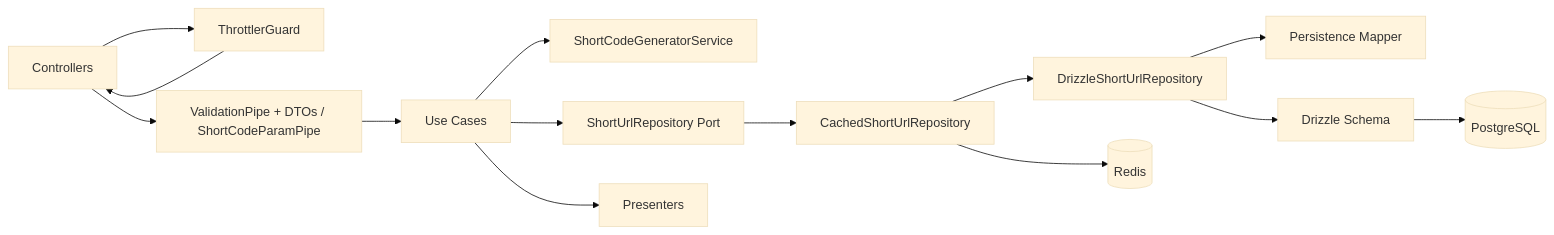
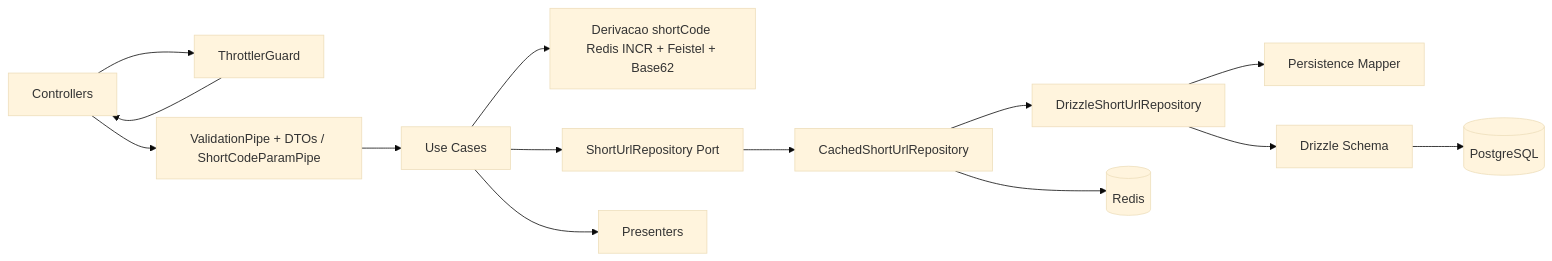
The third of 7 diagrams in docs/planejamento_feature_url_shortener_c_4.md (joisiney/short-url-api), drawn with Mermaid (base theme) before and after one commit. The commit also changed other lines of this file, not shown here.

First line of the commit message:
docs: planejamento short code com permutação Feistel e segredo

````diff
--- a/docs/planejamento_feature_url_shortener_c_4.md
+++ b/docs/planejamento_feature_url_shortener_c_4.md
@@ -581,30 +578,30 @@
 ```mermaid
 flowchart LR
     Controller[Controllers]
     Throttler[ThrottlerGuard]
     DtoValidation[ValidationPipe + DTOs / ShortCodeParamPipe]
     UseCases[Use Cases]
-    Generator[ShortCodeGeneratorService]
+    ShortCodeDerivation["Derivacao shortCode Redis INCR + Feistel + Base62"]
     RepoPort[ShortUrlRepository Port]
     CachedRepo[CachedShortUrlRepository]
     DrizzleRepo[DrizzleShortUrlRepository]
     Redis[(Redis)]
     Mapper[Persistence Mapper]
     DrizzleSchema[Drizzle Schema]
     Postgres[(PostgreSQL)]
     Presenter[Presenters]
 
     Controller --> Throttler
     Throttler --> Controller
     Controller --> DtoValidation
     DtoValidation --> UseCases
-    UseCases --> Generator
+    UseCases --> ShortCodeDerivation
     UseCases --> RepoPort
     RepoPort --> CachedRepo
     CachedRepo --> Redis
     CachedRepo --> DrizzleRepo
     DrizzleRepo --> Mapper
     DrizzleRepo --> DrizzleSchema
     DrizzleSchema --> Postgres
     UseCases --> Presenter
 ```
````
